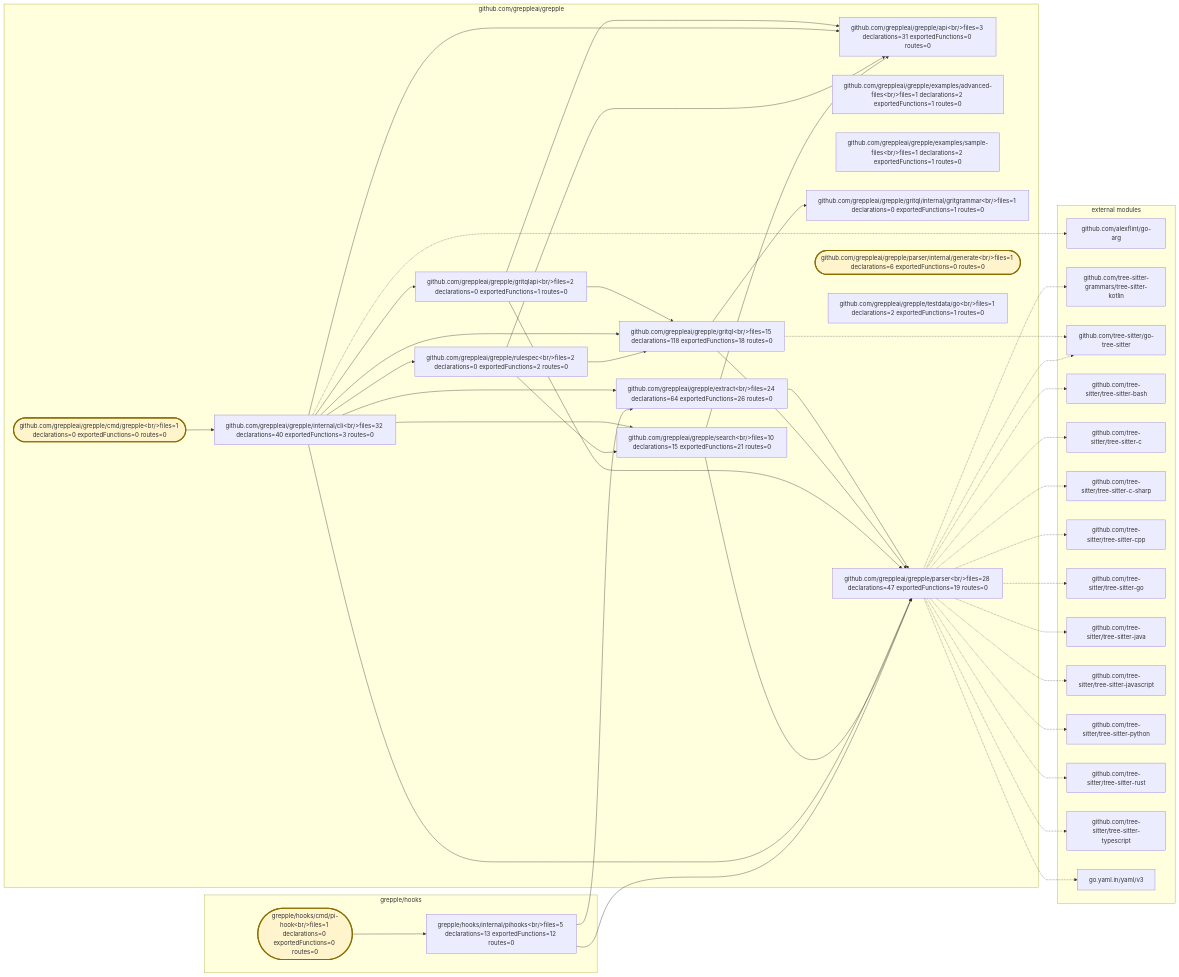
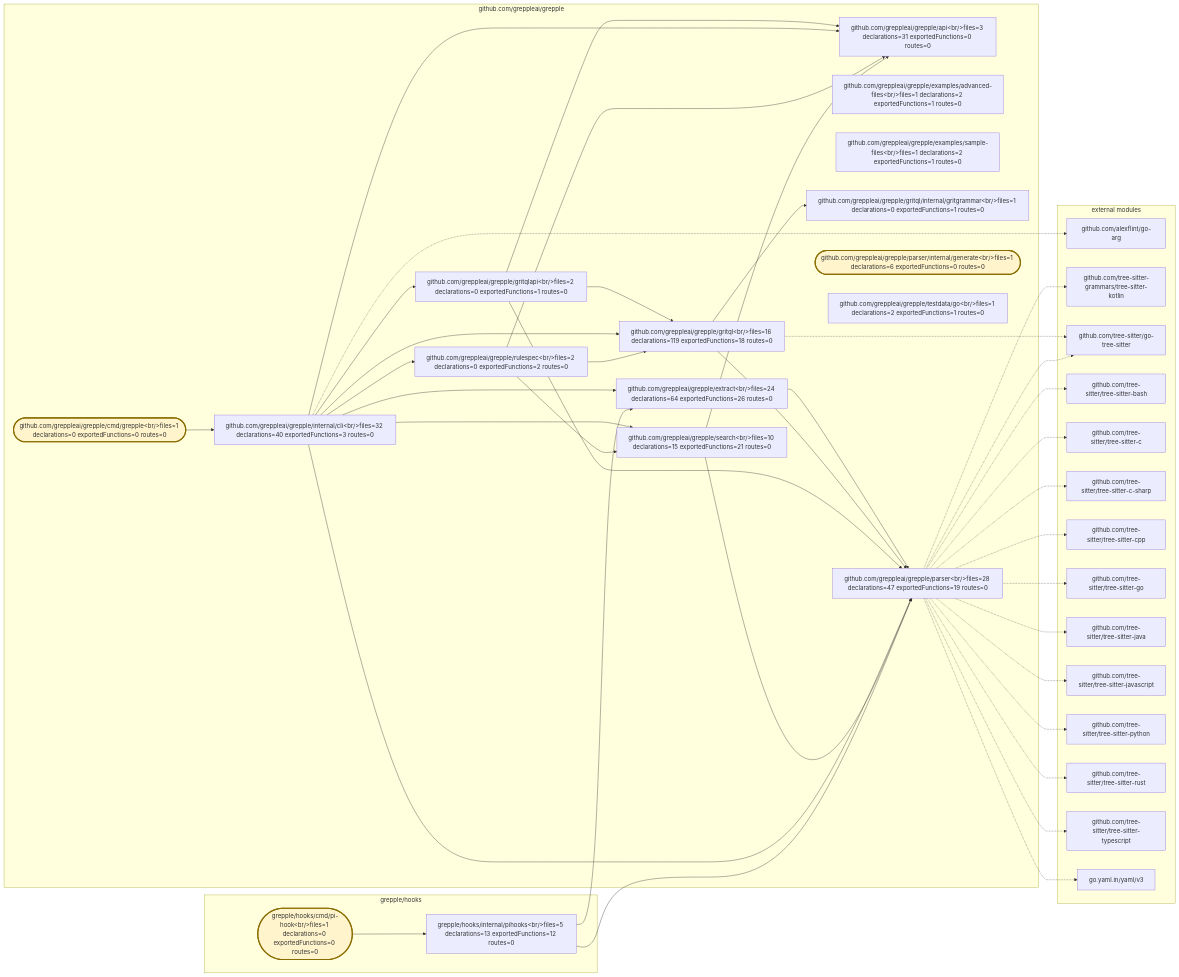
One commit to greppleai/grepple changed the diagram in .grepple/project.workspace/overview.mmd. Above: the diagram before and after it, drawn with Mermaid. The commit also changed 28 other files, not shown here.

```diff
--- a/.grepple/project.workspace/overview.mmd
+++ b/.grepple/project.workspace/overview.mmd
@@ -1,78 +1,78 @@
 flowchart LR
     classDef entrypoint fill:#fff4cc,stroke:#8a6d00,stroke-width:3px
     subgraph module_0["github.com/greppleai/grepple"]
         package_0["github.com/greppleai/grepple/api&lt;br/&gt;files=3 declarations=31 exportedFunctions=0 routes=0"]
         package_1(["github.com/greppleai/grepple/cmd/grepple&lt;br/&gt;files=1 declarations=0 exportedFunctions=0 routes=0"])
         class package_1 entrypoint
         package_2["github.com/greppleai/grepple/examples/advanced-files&lt;br/&gt;files=1 declarations=2 exportedFunctions=1 routes=0"]
         package_3["github.com/greppleai/grepple/examples/sample-files&lt;br/&gt;files=1 declarations=2 exportedFunctions=1 routes=0"]
         package_4["github.com/greppleai/grepple/extract&lt;br/&gt;files=24 declarations=64 exportedFunctions=26 routes=0"]
-        package_5["github.com/greppleai/grepple/gritql&lt;br/&gt;files=15 declarations=118 exportedFunctions=18 routes=0"]
+        package_5["github.com/greppleai/grepple/gritql&lt;br/&gt;files=16 declarations=119 exportedFunctions=18 routes=0"]
         package_6["github.com/greppleai/grepple/gritql/internal/gritgrammar&lt;br/&gt;files=1 declarations=0 exportedFunctions=1 routes=0"]
         package_7["github.com/greppleai/grepple/gritqlapi&lt;br/&gt;files=2 declarations=0 exportedFunctions=1 routes=0"]
         package_8["github.com/greppleai/grepple/internal/cli&lt;br/&gt;files=32 declarations=40 exportedFunctions=3 routes=0"]
         package_9["github.com/greppleai/grepple/parser&lt;br/&gt;files=28 declarations=47 exportedFunctions=19 routes=0"]
         package_10(["github.com/greppleai/grepple/parser/internal/generate&lt;br/&gt;files=1 declarations=6 exportedFunctions=0 routes=0"])
         class package_10 entrypoint
         package_11["github.com/greppleai/grepple/rulespec&lt;br/&gt;files=2 declarations=0 exportedFunctions=2 routes=0"]
         package_12["github.com/greppleai/grepple/search&lt;br/&gt;files=10 declarations=15 exportedFunctions=21 routes=0"]
         package_13["github.com/greppleai/grepple/testdata/go&lt;br/&gt;files=1 declarations=2 exportedFunctions=1 routes=0"]
     end
     subgraph module_1["grepple/hooks"]
         package_14(["grepple/hooks/cmd/pi-hook&lt;br/&gt;files=1 declarations=0 exportedFunctions=0 routes=0"])
         class package_14 entrypoint
         package_15["grepple/hooks/internal/pihooks&lt;br/&gt;files=5 declarations=13 exportedFunctions=12 routes=0"]
     end
     package_1 --> package_8
     package_4 --> package_9
     package_5 --> package_6
     package_5 --> package_9
     package_7 --> package_0
     package_7 --> package_5
     package_7 --> package_9
     package_8 --> package_0
     package_8 --> package_4
     package_8 --> package_5
     package_8 --> package_7
     package_8 --> package_9
     package_8 --> package_11
     package_8 --> package_12
     package_11 --> package_0
     package_11 --> package_5
     package_11 --> package_12
     package_12 --> package_0
     package_12 --> package_9
     package_14 --> package_15
     package_15 --> package_4
     package_15 --> package_9
     subgraph external_dependencies["external modules"]
         external_0["github.com/alexflint/go-arg"]
         external_1["github.com/tree-sitter-grammars/tree-sitter-kotlin"]
         external_2["github.com/tree-sitter/go-tree-sitter"]
         external_3["github.com/tree-sitter/tree-sitter-bash"]
         external_4["github.com/tree-sitter/tree-sitter-c"]
         external_5["github.com/tree-sitter/tree-sitter-c-sharp"]
         external_6["github.com/tree-sitter/tree-sitter-cpp"]
         external_7["github.com/tree-sitter/tree-sitter-go"]
         external_8["github.com/tree-sitter/tree-sitter-java"]
         external_9["github.com/tree-sitter/tree-sitter-javascript"]
         external_10["github.com/tree-sitter/tree-sitter-python"]
         external_11["github.com/tree-sitter/tree-sitter-rust"]
         external_12["github.com/tree-sitter/tree-sitter-typescript"]
         external_13["go.yaml.in/yaml/v3"]
     end
     package_8 -.-> external_0
     package_9 -.-> external_1
     package_5 -.-> external_2
     package_9 -.-> external_2
     package_9 -.-> external_3
     package_9 -.-> external_4
     package_9 -.-> external_5
     package_9 -.-> external_6
     package_9 -.-> external_7
     package_9 -.-> external_8
     package_9 -.-> external_9
     package_9 -.-> external_10
     package_9 -.-> external_11
     package_9 -.-> external_12
     package_9 -.-> external_13
```
